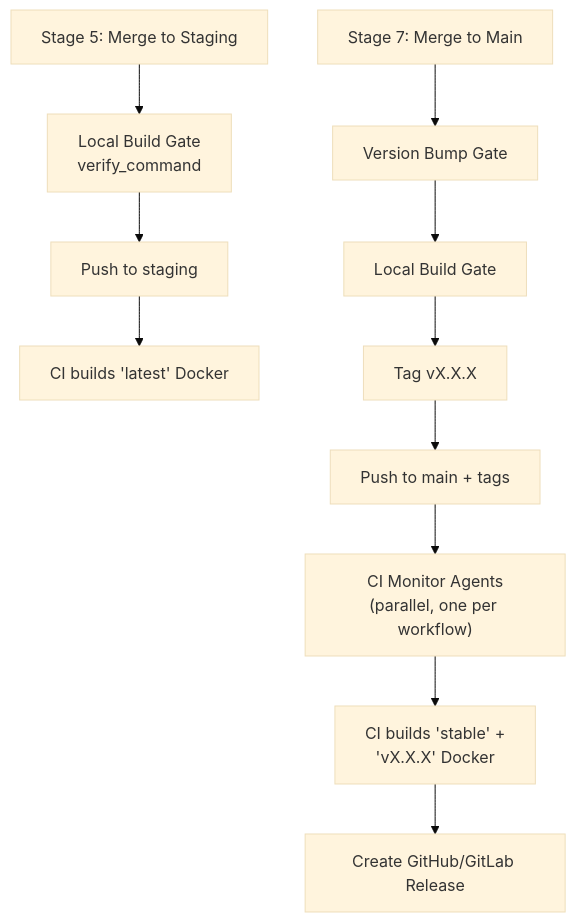
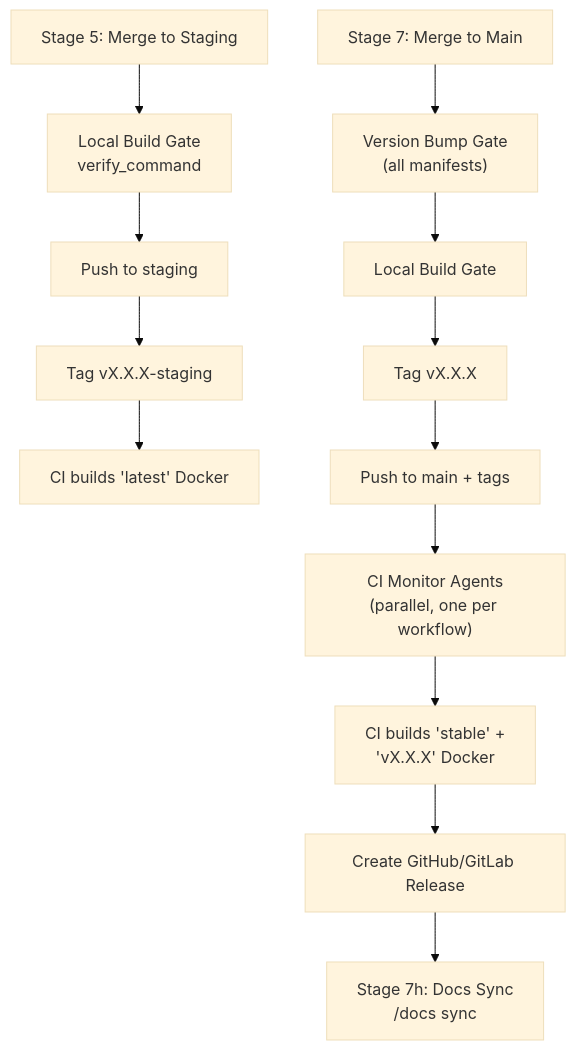
Before and after one commit to dnviti/claude-task-development-framework: the fourth of 4 diagrams in docs/deployment.md, drawn with Mermaid (base theme). The commit also changed other lines of this file and 12 other files, not shown here.

````diff
--- a/docs/deployment.md
+++ b/docs/deployment.md
@@ -153,19 +190,21 @@
 ```mermaid
 flowchart TD
     S5["Stage 5: Merge to Staging"]
     S5_BUILD["Local Build Gate<br>verify_command"]
     S5_PUSH["Push to staging"]
+    S5_STAG["Tag vX.X.X-staging"]
     S5_DOCKER["CI builds 'latest' Docker"]
 
     S7["Stage 7: Merge to Main"]
-    S7_BUMP["Version Bump Gate"]
+    S7_BUMP["Version Bump Gate<br>(all manifests)"]
     S7_BUILD["Local Build Gate"]
     S7_TAG["Tag vX.X.X"]
     S7_PUSH["Push to main + tags"]
     S7_CI["CI Monitor Agents<br>(parallel, one per workflow)"]
     S7_DOCKER["CI builds 'stable' +<br>'vX.X.X' Docker"]
     S7_RELEASE["Create GitHub/GitLab Release"]
+    S7H["Stage 7h: Docs Sync<br>/docs sync"]
 
-    S5 --> S5_BUILD --> S5_PUSH --> S5_DOCKER
-    S7 --> S7_BUMP --> S7_BUILD --> S7_TAG --> S7_PUSH --> S7_CI --> S7_DOCKER --> S7_RELEASE
+    S5 --> S5_BUILD --> S5_PUSH --> S5_STAG --> S5_DOCKER
+    S7 --> S7_BUMP --> S7_BUILD --> S7_TAG --> S7_PUSH --> S7_CI --> S7_DOCKER --> S7_RELEASE --> S7H
 ```
````
